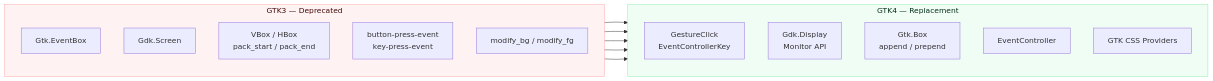
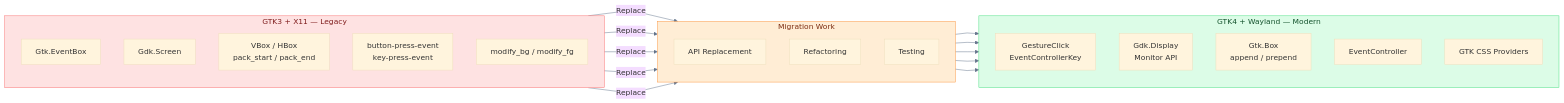
One commit to Dev10-sys/sugar-proposal-gtk changed the third of 13 diagrams in proposal.md. Above: the diagram before and after it, drawn with Mermaid. The commit also changed other lines of this file, not shown here.

Commit message:
docs: Upgrade all GSoC proposal diagrams to professional engineering standards with GTK4/Wayland focused architecture

````diff
--- a/proposal.md
+++ b/proposal.md
@@ -256,29 +282,43 @@
 ```mermaid
+%%{init: {'theme': 'base', 'themeVariables': {'lineColor': '#64748b'}, 'flowchart': {'curve': 'linear'}}}%%
 flowchart LR
-    subgraph Legacy ["GTK3 — Deprecated"]
+    subgraph LEGACY ["GTK3 + X11 — Legacy"]
         direction TB
-        EventBox["Gtk.EventBox"]
-        GdkScreen["Gdk.Screen"]
-        ContainerAPI["VBox / HBox\npack_start / pack_end"]
-        OldSignals["button-press-event\nkey-press-event"]
-        ModifyBG["modify_bg / modify_fg"]
+        EB["Gtk.EventBox"]
+        GS["Gdk.Screen"]
+        CA["VBox / HBox\npack_start / pack_end"]
+        OS["button-press-event\nkey-press-event"]
+        MB["modify_bg / modify_fg"]
     end
 
-    subgraph Modern ["GTK4 — Replacement"]
+    subgraph MIGRATE ["Migration Work"]
         direction TB
-        GestureController["GestureClick\nEventControllerKey"]
-        GdkDisplay["Gdk.Display\nMonitor API"]
-        NewLayoutAPI["Gtk.Box\nappend / prepend"]
-        EventControllers["EventController"]
-        CSSStyling["GTK CSS Providers"]
+        AR["API Replacement"]
+        RF["Refactoring"]
+        TS["Testing"]
     end
 
-    EventBox --> GestureController
-    GdkScreen --> GdkDisplay
-    ContainerAPI --> NewLayoutAPI
-    OldSignals --> EventControllers
-    ModifyBG --> CSSStyling
+    subgraph MODERN ["GTK4 + Wayland — Modern"]
+        direction TB
+        GC["GestureClick\nEventControllerKey"]
+        GD["Gdk.Display\nMonitor API"]
+        NL["Gtk.Box\nappend / prepend"]
+        EC["EventController"]
+        CS["GTK CSS Providers"]
+    end
 
-    style Legacy fill:#fef2f2,stroke:#fca5a5,color:#450a0a
-    style Modern fill:#f0fdf4,stroke:#86efac,color:#052e16
+    EB -->|"Replace"| AR
+    GS -->|"Replace"| AR
+    CA -->|"Replace"| RF
+    OS -->|"Replace"| RF
+    MB -->|"Replace"| TS
+    AR --> GC
+    AR --> GD
+    RF --> NL
+    RF --> EC
+    TS --> CS
+
+    style LEGACY fill:#fee2e2,stroke:#f87171,color:#7f1d1d
+    style MIGRATE fill:#ffedd5,stroke:#fb923c,color:#7c2d12
+    style MODERN fill:#dcfce7,stroke:#4ade80,color:#14532d
 ```
````
